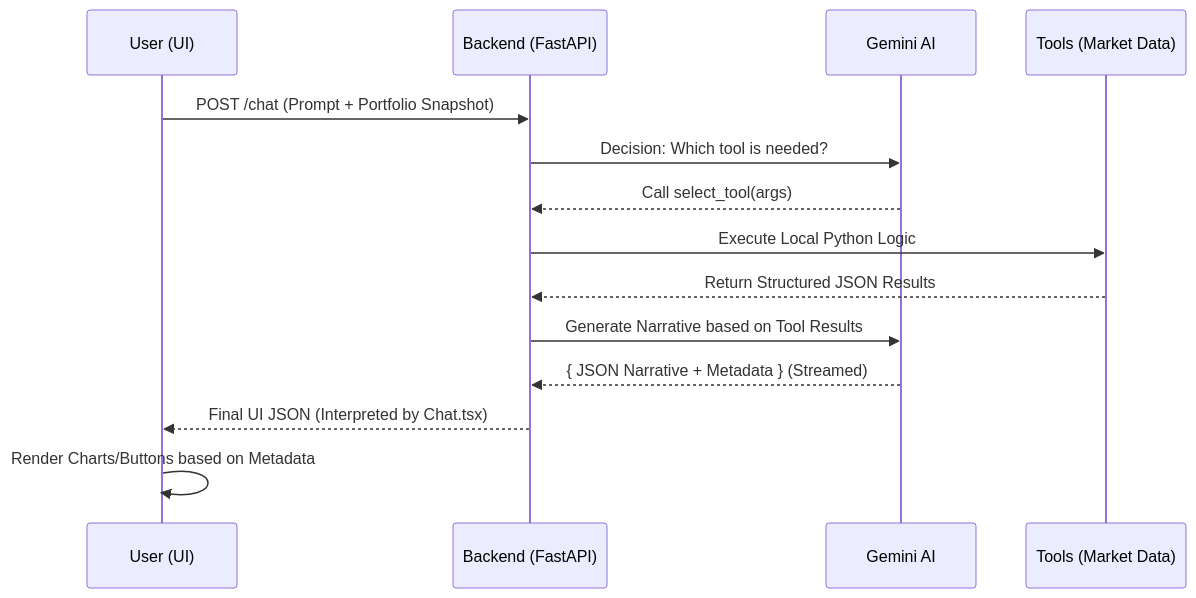
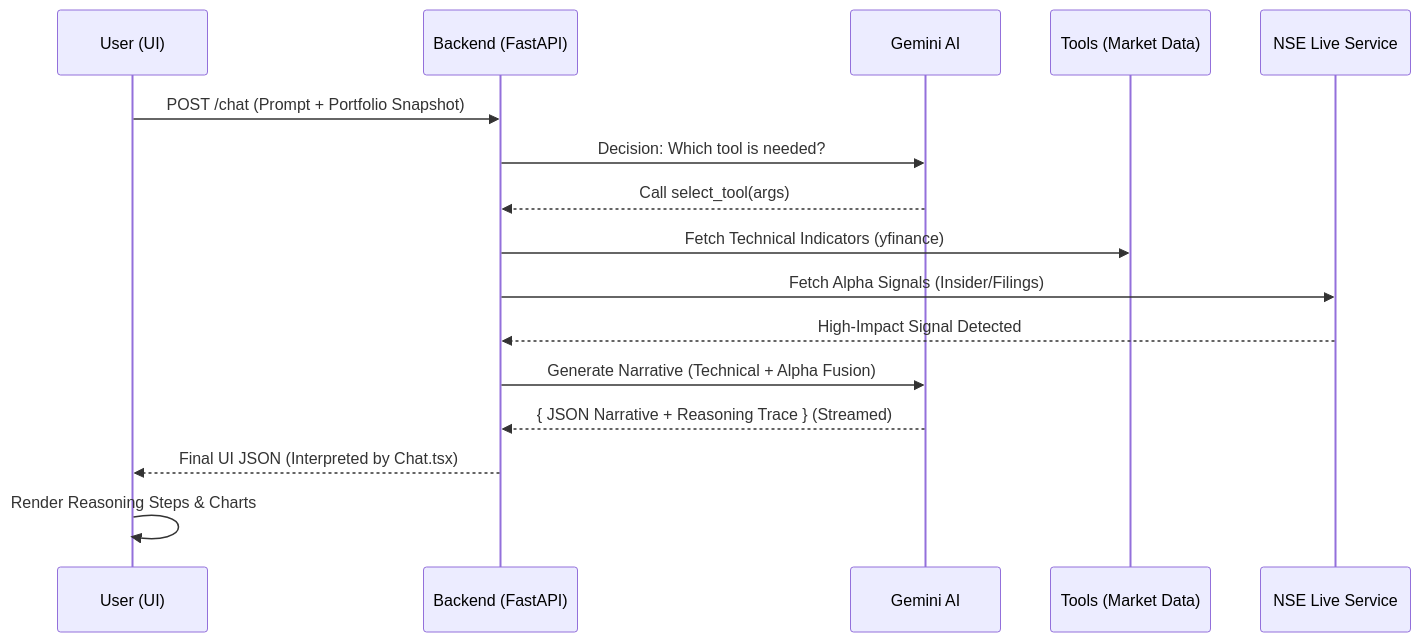
The diagram in chatbot_flow_guide.md (Pratt1702/DECIXN), drawn with Mermaid before and after one commit. The commit also changed other lines of this file and 10 other files, not shown here.

Commit message:
NSE scraper for insider trades and corporate activity

````diff
--- a/chatbot_flow_guide.md
+++ b/chatbot_flow_guide.md
@@ -104,17 +110,19 @@
 ```mermaid
 sequenceDiagram
     participant U as User (UI)
     participant B as Backend (FastAPI)
     participant G as Gemini AI
     participant T as Tools (Market Data)
+    participant N as NSE Live Service
 
     U->>B: POST /chat (Prompt + Portfolio Snapshot)
     B->>G: Decision: Which tool is needed?
     G-->>B: Call select_tool(args)
-    B->>T: Execute Local Python Logic
-    T-->>B: Return Structured JSON Results
-    B->>G: Generate Narrative based on Tool Results
-    G-->>B: { JSON Narrative + Metadata } (Streamed)
+    B->>T: Fetch Technical Indicators (yfinance)
+    B->>N: Fetch Alpha Signals (Insider/Filings)
+    N-->>B: High-Impact Signal Detected
+    B->>G: Generate Narrative (Technical + Alpha Fusion)
+    G-->>B: { JSON Narrative + Reasoning Trace } (Streamed)
     B-->>U: Final UI JSON (Interpreted by Chat.tsx)
-    U->>U: Render Charts/Buttons based on Metadata
+    U->>U: Render Reasoning Steps & Charts
 ```
````
